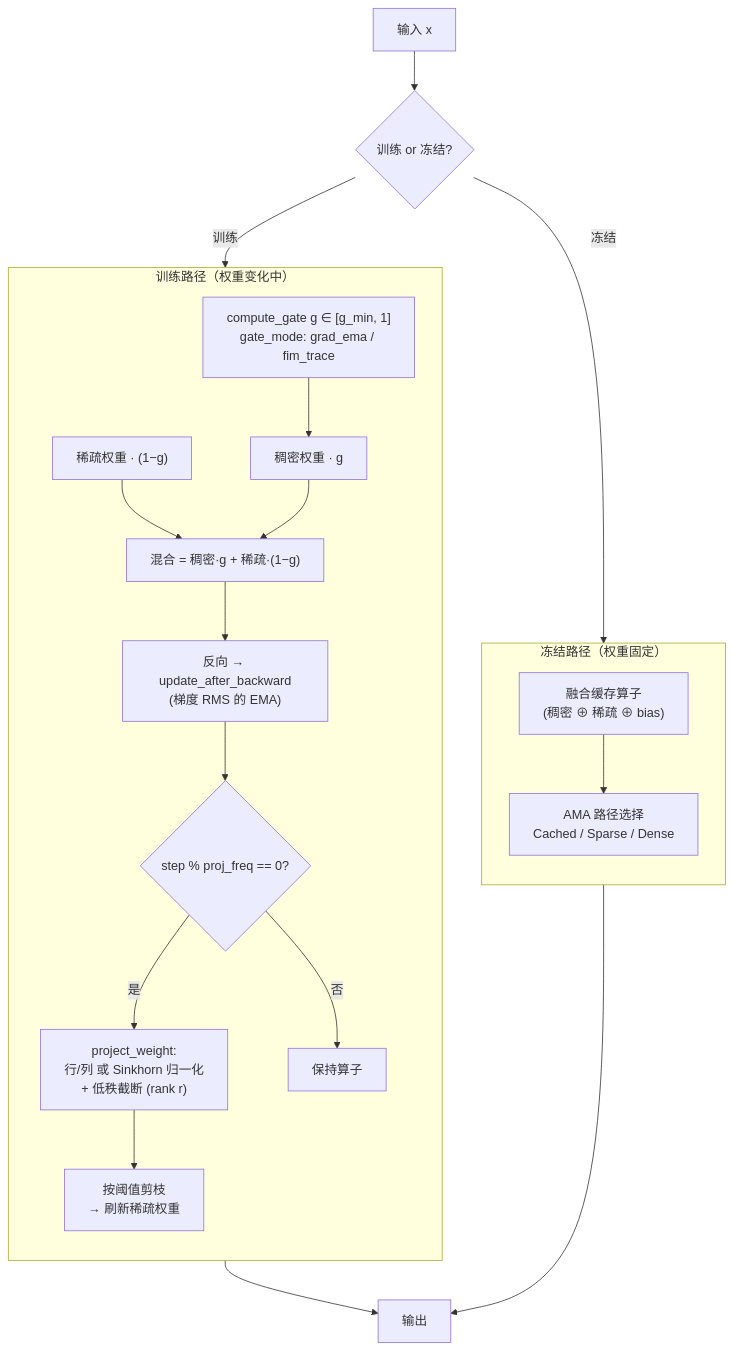
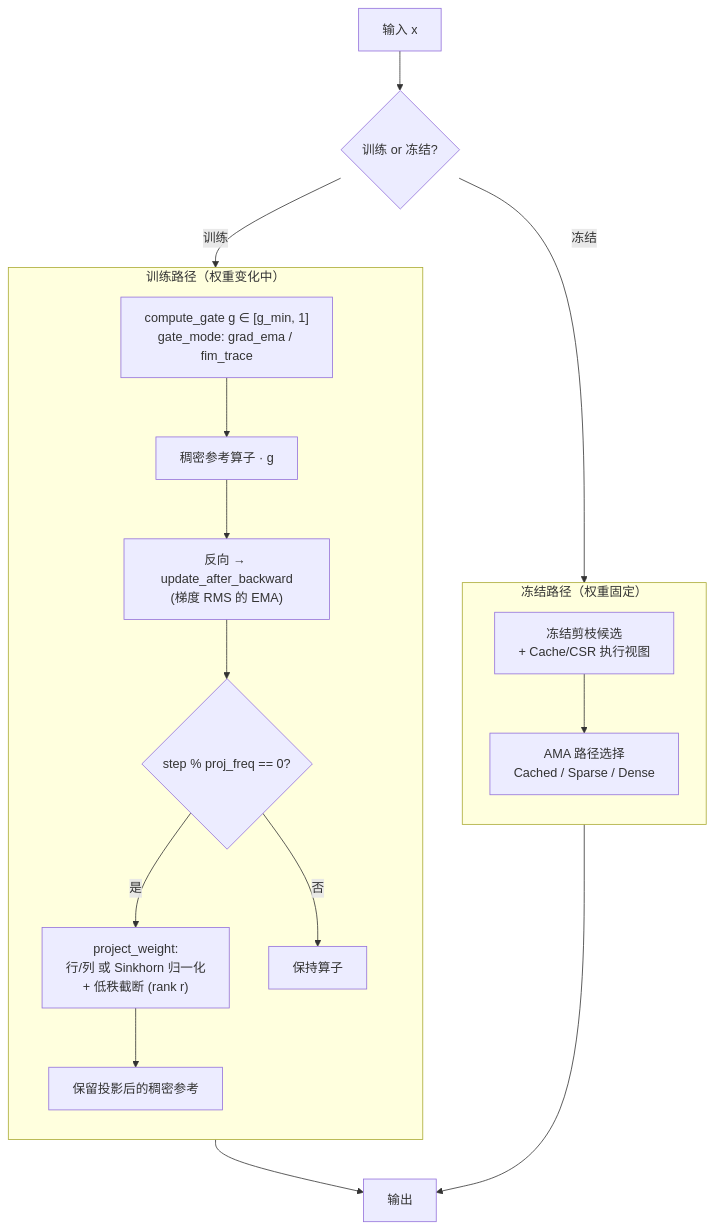
Before and after one commit to zayokami/Talos-XII: the third of 4 diagrams in README.md, drawn with Mermaid. The commit also changed other lines of this file and 8 other files, not shown here.

````diff
--- a/README.md
+++ b/README.md
@@ -393,26 +391,24 @@
 ```mermaid
 flowchart TD
     X["输入 x"] --> G{"训练 or 冻结?"}
 
     subgraph TRAIN["训练路径（权重变化中）"]
         direction TB
-        CG["compute_gate&nbsp;g&nbsp;∈&nbsp;[g_min,&nbsp;1]<br/>gate_mode: grad_ema / fim_trace"] --> DW["稠密权重 · g"]
-        SW["稀疏权重 · (1−g)"] --> BLEND["混合 = 稠密·g + 稀疏·(1−g)"]
-        DW --> BLEND
-        BLEND --> BWD["反向 → update_after_backward<br/>(梯度 RMS 的 EMA)"]
+        CG["compute_gate&nbsp;g&nbsp;∈&nbsp;[g_min,&nbsp;1]<br/>gate_mode: grad_ema / fim_trace"] --> ACTIVE["稠密参考算子 · g"]
+        ACTIVE --> BWD["反向 → update_after_backward<br/>(梯度 RMS 的 EMA)"]
         BWD --> PROJ{"step % proj_freq == 0?"}
         PROJ -- 是 --> MANI["project_weight:<br/>行/列 或 Sinkhorn 归一化<br/>+ 低秩截断 (rank r)"]
-        MANI --> PRUNE["按阈值剪枝<br/>→ 刷新稀疏权重"]
+        MANI --> KEEP["保留投影后的稠密参考"]
         PROJ -- 否 --> SKIP["保持算子"]
     end
 
     subgraph INFER["冻结路径（权重固定）"]
         direction TB
-        FUSE["融合缓存算子<br/>(稠密 ⊕ 稀疏 ⊕ bias)"] --> AMA["AMA 路径选择<br/>Cached / Sparse / Dense"]
+        FUSE["冻结剪枝候选<br/>+ Cache/CSR 执行视图"] --> AMA["AMA 路径选择<br/>Cached / Sparse / Dense"]
     end
 
     G -- 训练 --> TRAIN
     G -- 冻结 --> INFER
     TRAIN --> OUT["输出"]
     INFER --> OUT
 ```
````
